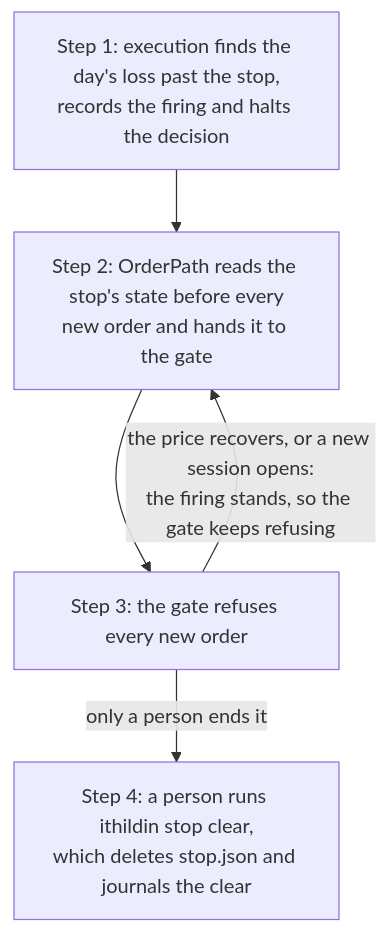
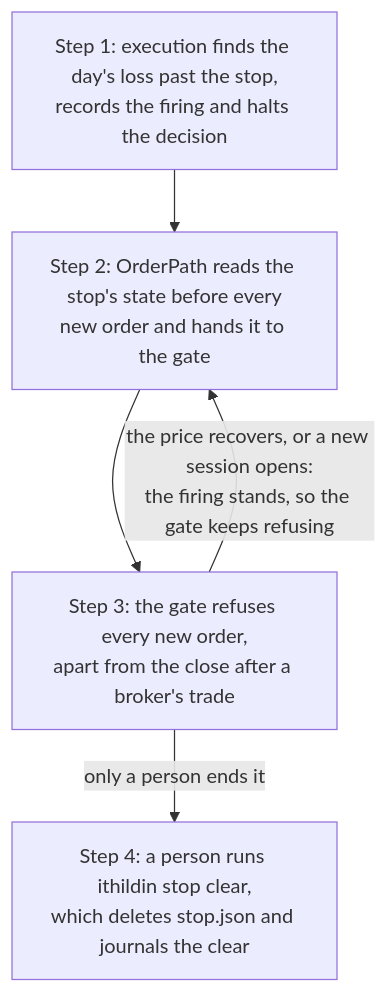
Before and after one commit to l3a0/ithildin-runtime: diagram 14 of 18 in docs/architecture/06-runtime.md, drawn with Mermaid. The commit also changed other lines of this file and 8 other files, not shown here.

````diff
--- a/docs/architecture/06-runtime.md
+++ b/docs/architecture/06-runtime.md
@@ -877,11 +877,11 @@
 ```mermaid
 flowchart TD
     fire["Step 1: execution finds the day's loss past the stop,<br/>records the firing and halts the decision"]
     read["Step 2: OrderPath reads the stop's state before every<br/>new order and hands it to the gate"]
-    refuse["Step 3: the gate refuses every new order"]
+    refuse["Step 3: the gate refuses every new order,<br/>apart from the close after a broker's trade"]
     clear["Step 4: a person runs ithildin stop clear,<br/>which deletes stop.json and journals the clear"]
     fire --> read
     read --> refuse
     refuse -->|"the price recovers, or a new session opens:<br/>the firing stands, so the gate keeps refusing"| read
     refuse -->|"only a person ends it"| clear
 ```
````
